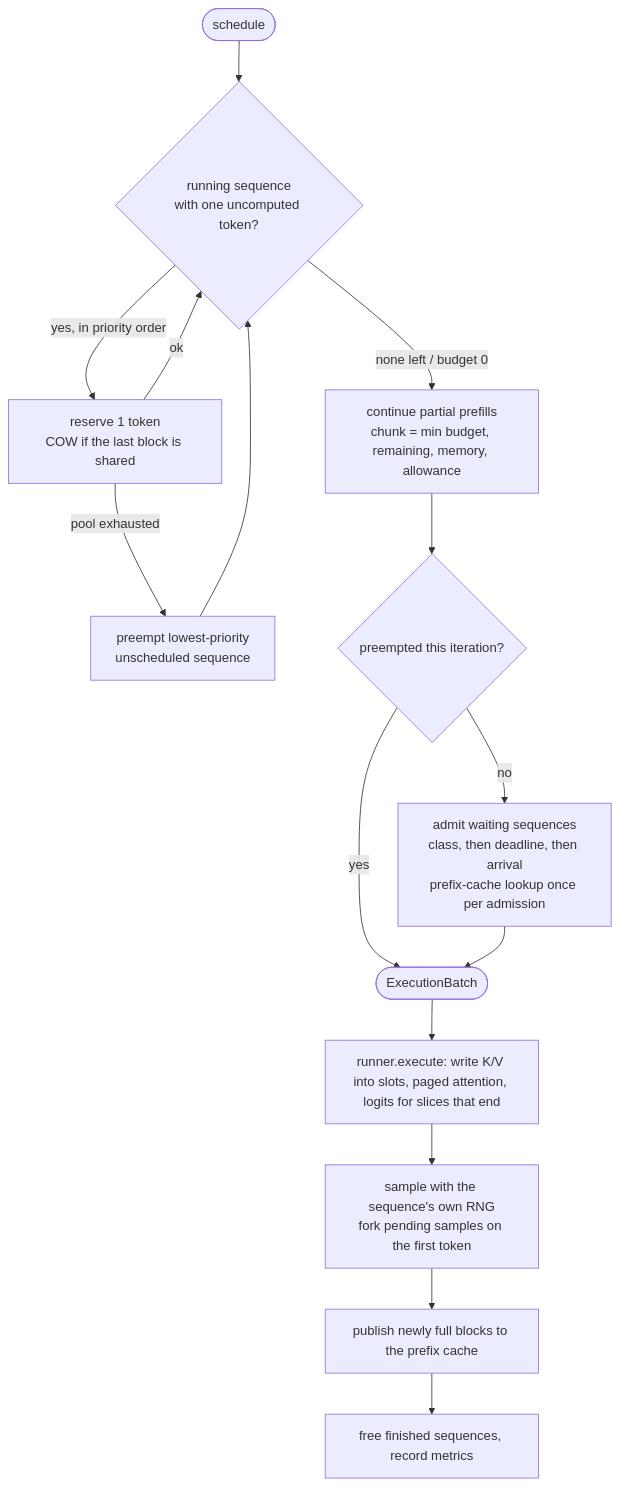
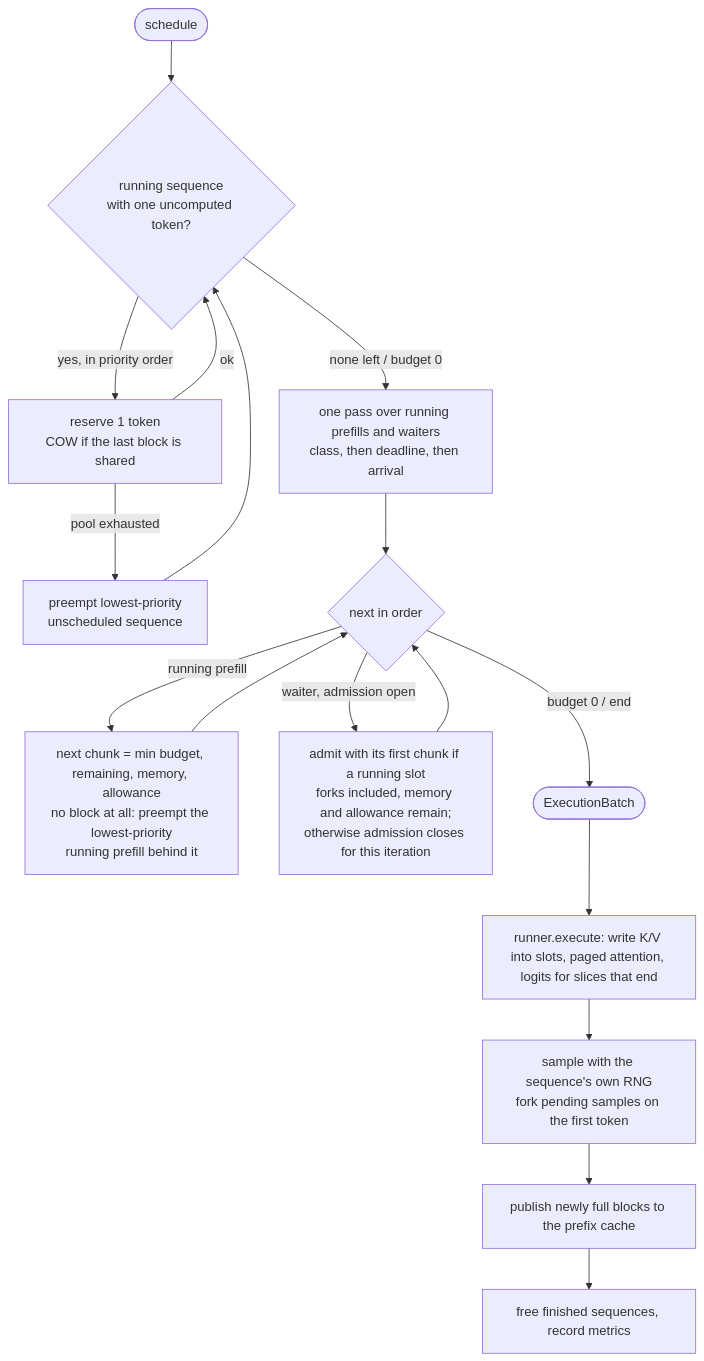
One commit to rouviere-german/paged-kv-serving changed the diagram in docs/SCHEDULER.md. Above: the diagram before and after it, drawn with Mermaid. The commit also changed other lines of this file and 7 other files, not shown here.

````diff
--- a/docs/SCHEDULER.md
+++ b/docs/SCHEDULER.md
@@ -56,17 +56,19 @@
 ```mermaid
 flowchart TD
     start([schedule]) --> d{running sequence<br/>with one uncomputed token?}
     d -- yes, in priority order --> r[reserve 1 token<br/>COW if the last block is shared]
     r -- pool exhausted --> v[preempt lowest-priority<br/>unscheduled sequence]
     v --> d
     r -- ok --> d
-    d -- none left / budget 0 --> p[continue partial prefills<br/>chunk = min budget, remaining, memory, allowance]
-    p --> a{preempted this iteration?}
-    a -- no --> w[admit waiting sequences<br/>class, then deadline, then arrival<br/>prefix-cache lookup once per admission]
-    a -- yes --> x
-    w --> x([ExecutionBatch])
+    d -- none left / budget 0 --> o[one pass over running prefills and waiters<br/>class, then deadline, then arrival]
+    o --> k{next in order}
+    k -- running prefill --> c[next chunk = min budget, remaining, memory, allowance<br/>no block at all: preempt the lowest-priority<br/>running prefill behind it]
+    k -- waiter, admission open --> w[admit with its first chunk if a running slot<br/>forks included, memory and allowance remain;<br/>otherwise admission closes for this iteration]
+    c --> k
+    w --> k
+    k -- budget 0 / end --> x([ExecutionBatch])
     x --> run[runner.execute: write K/V into slots, paged attention, logits for slices that end]
     run --> s[sample with the sequence's own RNG<br/>fork pending samples on the first token]
     s --> pub[publish newly full blocks to the prefix cache]
     pub --> fin[free finished sequences, record metrics]
 ```
````
